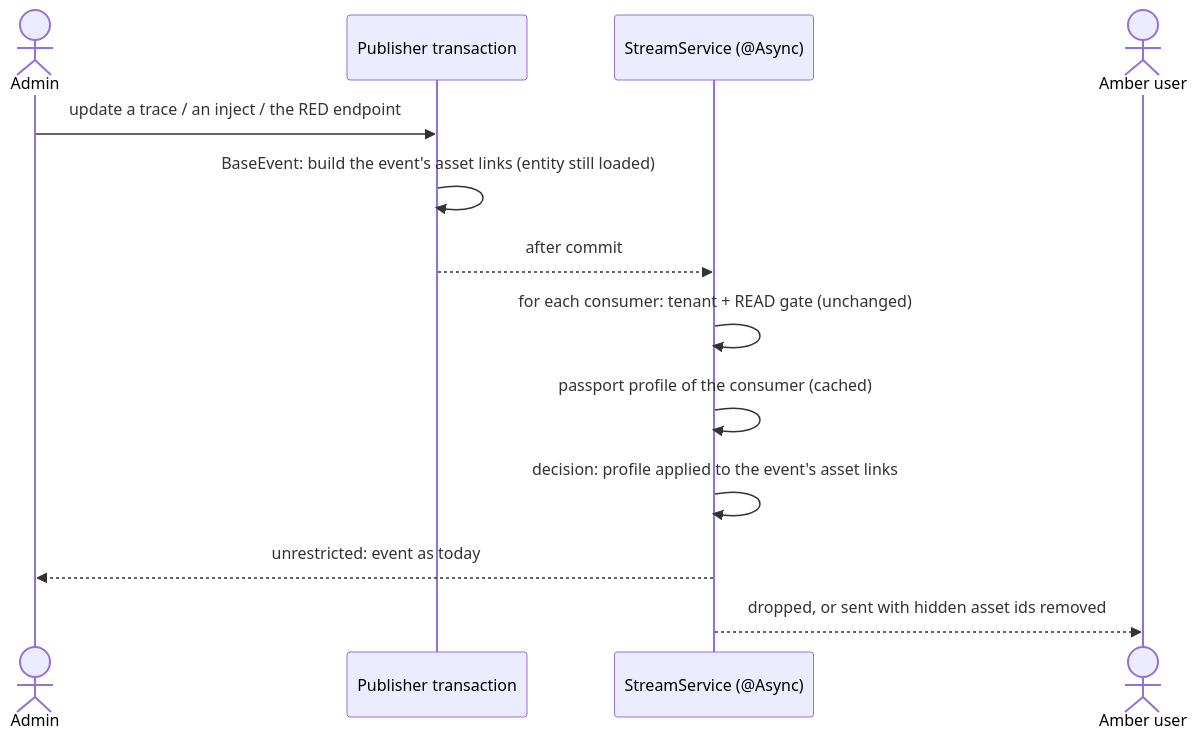
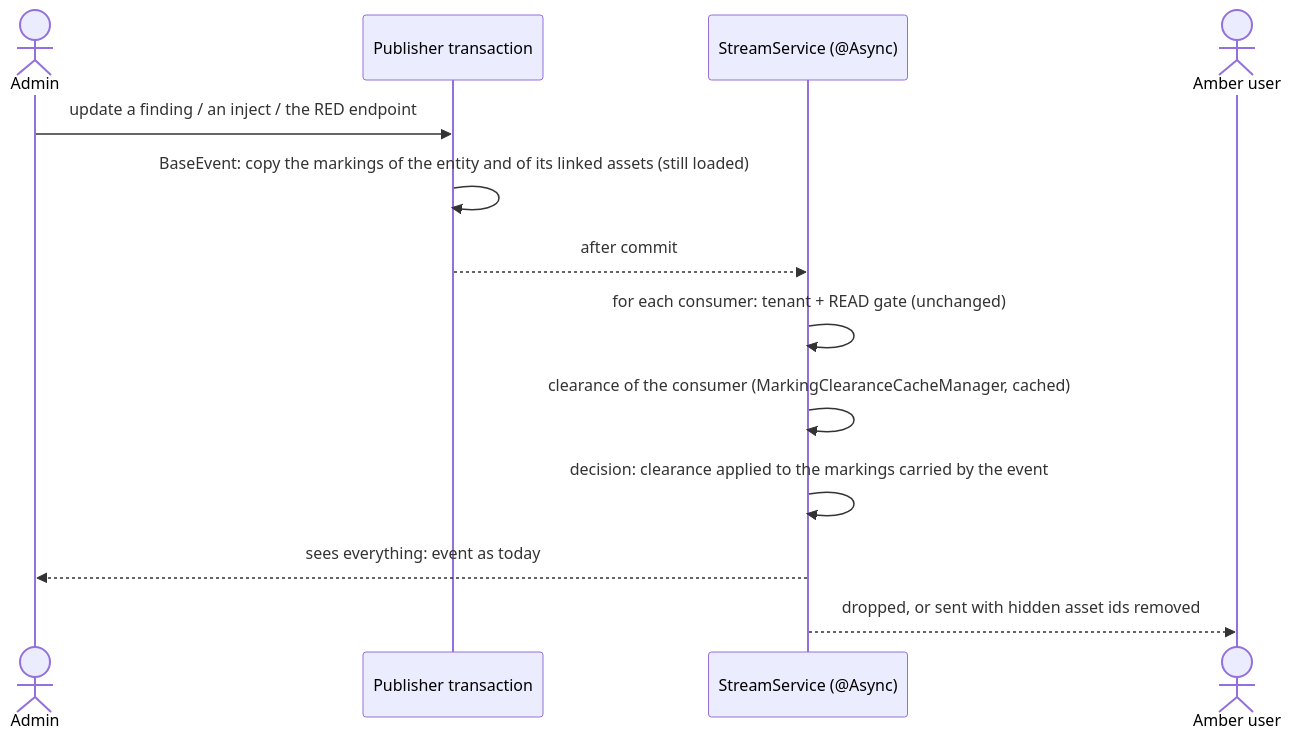
The diagram in brainstorming/marking/task4/implementation-plan.md (OpenAEV-Platform/openaev), drawn with Mermaid before and after one commit. The commit also changed other lines of this file and 22 other files, not shown here.

Commit message:
fix(marking): streaming does not send event for RED marking when read from lower mak=rkig clearance user

````diff
--- a/brainstorming/marking/task4/implementation-plan.md
+++ b/brainstorming/marking/task4/implementation-plan.md
@@ -451,15 +454,15 @@
 ```mermaid
 sequenceDiagram
     actor A as Admin
     participant P as Publisher transaction
     participant S as StreamService (@Async)
     actor G as Amber user
-    A->>P: update a trace / an inject / the RED endpoint
-    P->>P: BaseEvent: build the event's asset links (entity still loaded)
+    A->>P: update a finding / an inject / the RED endpoint
+    P->>P: BaseEvent: copy the markings of the entity and of its linked assets (still loaded)
     P-->>S: after commit
     S->>S: for each consumer: tenant + READ gate (unchanged)
-    S->>S: passport profile of the consumer (cached)
-    S->>S: decision: profile applied to the event's asset links
-    S-->>A: unrestricted: event as today
+    S->>S: clearance of the consumer (MarkingClearanceCacheManager, cached)
+    S->>S: decision: clearance applied to the markings carried by the event
+    S-->>A: sees everything: event as today
     S-->>G: dropped, or sent with hidden asset ids removed
 ```
````
